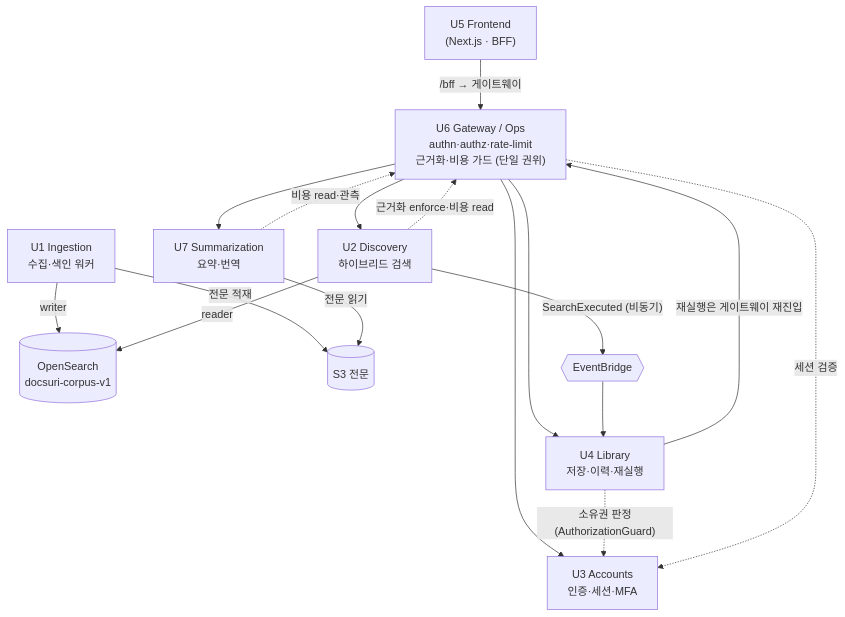
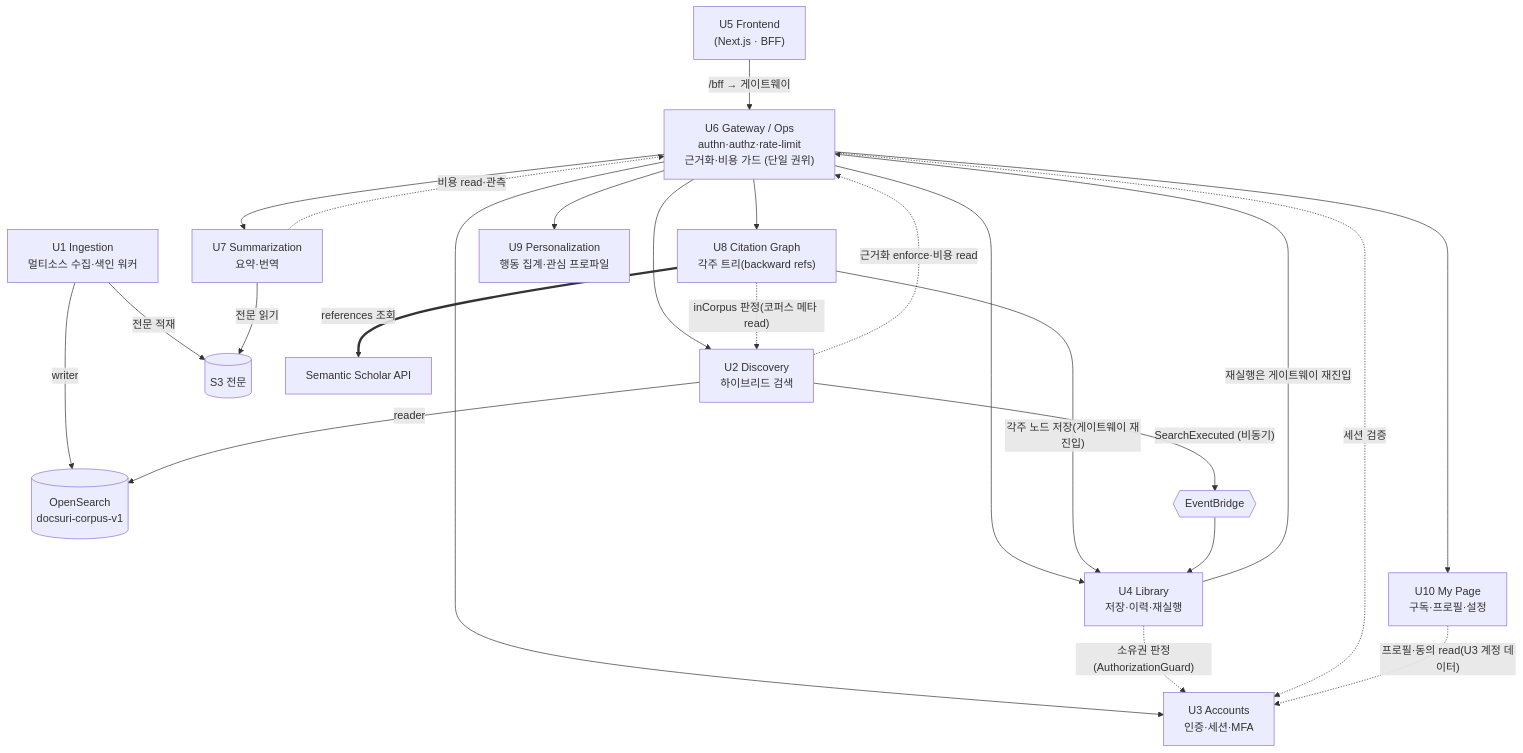
One commit to kyjness/DocSuri changed the diagram in pipeline.md. Above: the diagram before and after it, drawn with Mermaid. The commit also changed other lines of this file, not shown here.

````diff
--- a/pipeline.md
+++ b/pipeline.md
@@ -26,37 +29,49 @@
 ```mermaid
 graph TD
     U5["U5 Frontend<br/>(Next.js · BFF)"]
     U6["U6 Gateway / Ops<br/>authn·authz·rate-limit<br/>근거화·비용 가드 (단일 권위)"]
     U2["U2 Discovery<br/>하이브리드 검색"]
     U3["U3 Accounts<br/>인증·세션·MFA"]
     U4["U4 Library<br/>저장·이력·재실행"]
     U7["U7 Summarization<br/>요약·번역"]
-    U1["U1 Ingestion<br/>수집·색인 워커"]
+    U1["U1 Ingestion<br/>멀티소스 수집·색인 워커"]
+    U8["U8 Citation Graph<br/>각주 트리(backward refs)"]
+    U9["U9 Personalization<br/>행동 집계·관심 프로파일"]
+    U10["U10 My Page<br/>구독·프로필·설정"]
 
     OS[("OpenSearch<br/>docsuri-corpus-v1")]
     S3[("S3 전문")]
     EB{{"EventBridge"}}
 
     %% 요청 길목: 모든 사용자 요청은 U6를 통과
     U5 -->|"/bff → 게이트웨이"| U6
     U6 --> U2
     U6 --> U3
     U6 --> U4
     U6 --> U7
+    U6 --> U8
+    U6 --> U9
+    U6 --> U10
 
     %% 단일 권위 조회 (재구현 금지)
     U2 -.->|"근거화 enforce·비용 read"| U6
     U7 -.->|"비용 read·관측"| U6
     U4 -.->|"소유권 판정(AuthorizationGuard)"| U3
     U6 -.->|"세션 검증"| U3
+    U10 -.->|"프로필·동의 read(U3 계정 데이터)"| U3
+
+    %% 곁다리 유닛 연동
+    U8 -->|"각주 노드 저장(게이트웨이 재진입)"| U4
+    U8 ==>|"references 조회"| SS["Semantic Scholar API"]
+    U8 -.->|"inCorpus 판정(코퍼스 메타 read)"| U2
 
     %% 비동기 이력 + 백도어 금지 재실행
     U2 -->|"SearchExecuted (비동기)"| EB --> U4
     U4 -->|"재실행은 게이트웨이 재진입"| U6
 
     %% 공유 코퍼스: writer 1 / reader 1
     U1 -->|"writer"| OS
     U2 -->|"reader"| OS
     U1 -->|"전문 적재"| S3
     U7 -->|"전문 읽기"| S3
 ```
````
